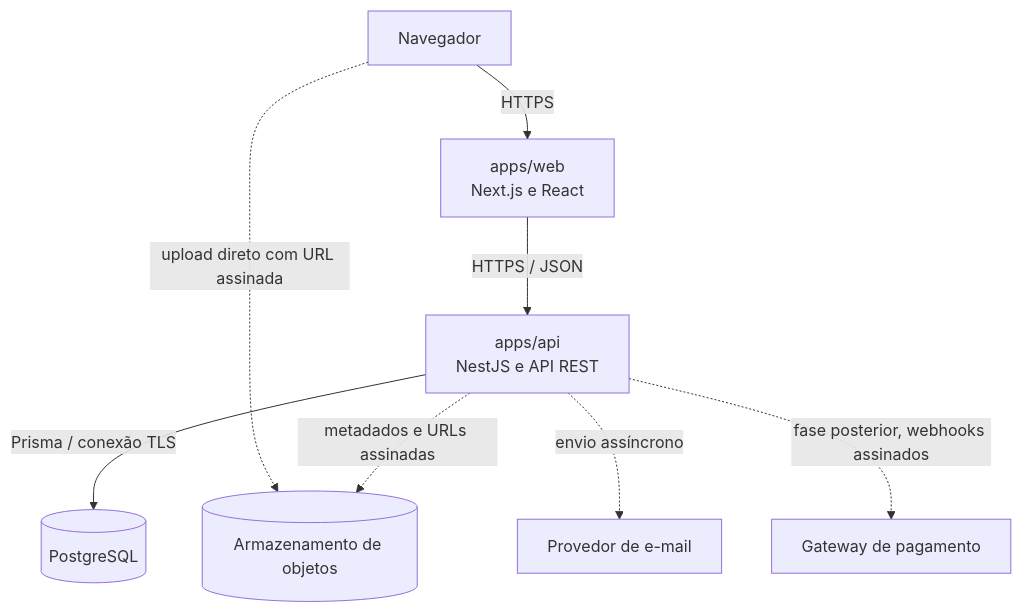
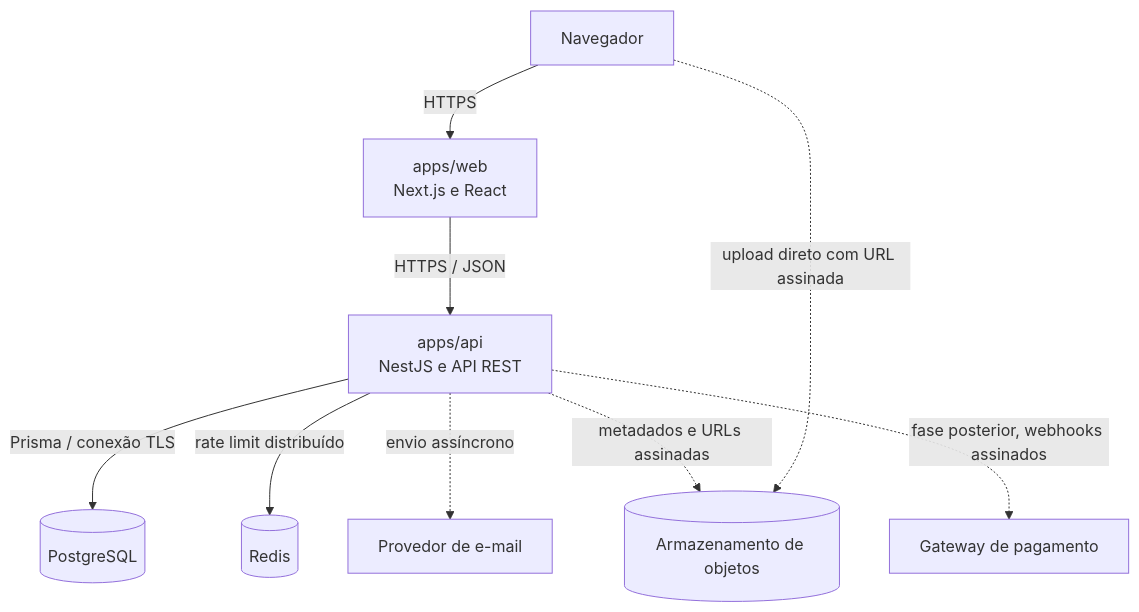
Before and after one commit to Willow0305/Fenix: the second of 3 diagrams in docs/07-ARQUITETURA.md, drawn with Mermaid. The commit also changed other lines of this file and 224 other files, not shown here.

````diff
--- a/docs/07-ARQUITETURA.md
+++ b/docs/07-ARQUITETURA.md
@@ -48,18 +50,20 @@
 ```mermaid
 flowchart TB
     browser[Navegador]
     web[apps/web<br/>Next.js e React]
     api[apps/api<br/>NestJS e API REST]
     db[(PostgreSQL)]
+    redis[(Redis)]
     objects[(Armazenamento de objetos)]
     email[Provedor de e-mail]
     payments[Gateway de pagamento]
 
     browser -->|HTTPS| web
     web -->|HTTPS / JSON| api
     browser -. upload direto com URL assinada .-> objects
     api -->|Prisma / conexão TLS| db
+    api -->|rate limit distribuído| redis
     api -. metadados e URLs assinadas .-> objects
     api -. envio assíncrono .-> email
     api -. fase posterior, webhooks assinados .-> payments
 ```
````
